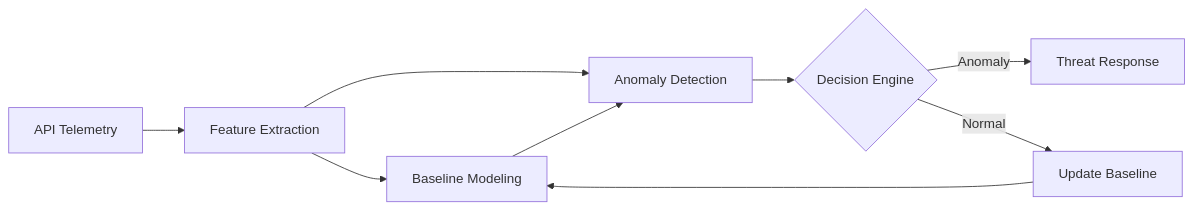
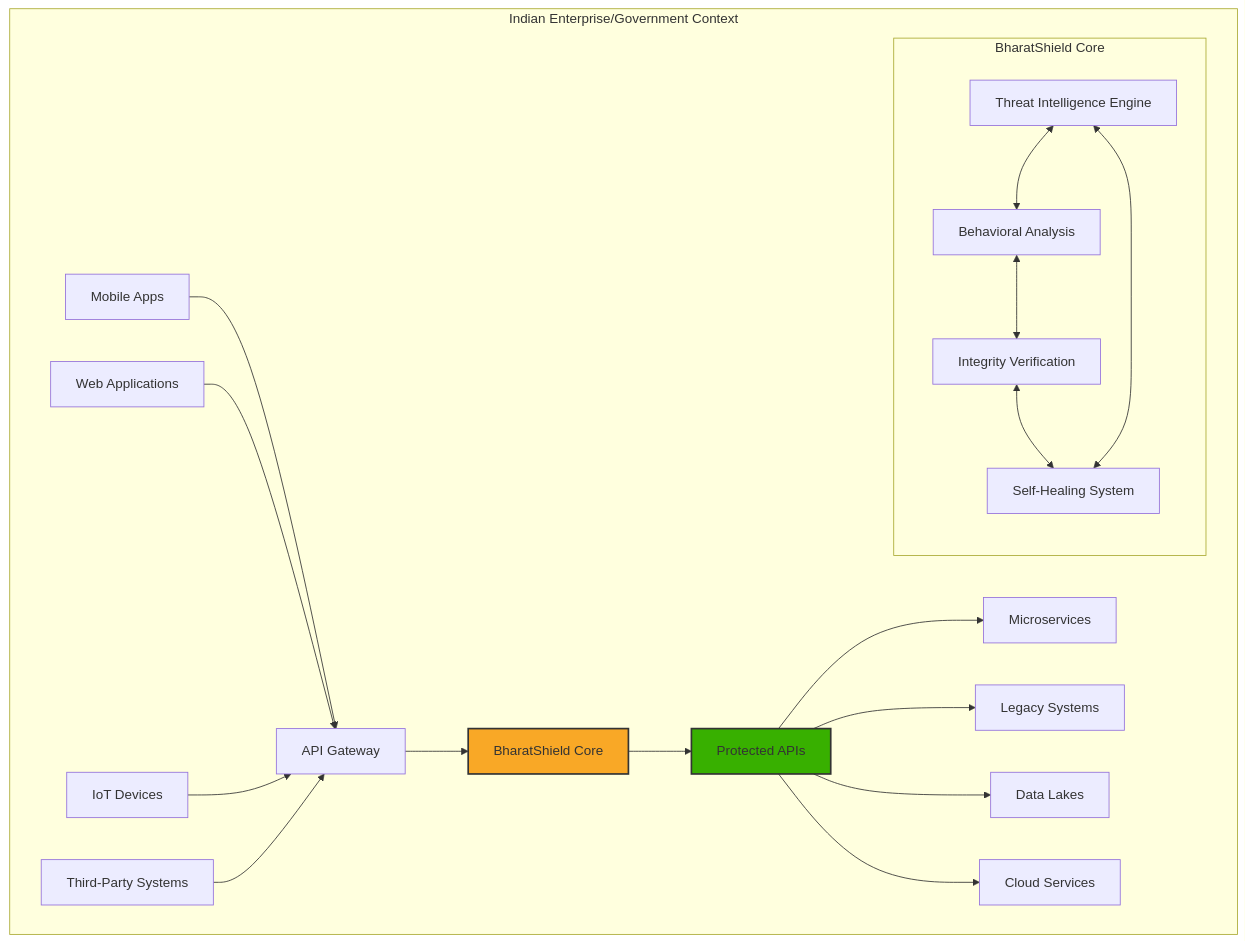
Before and after one commit to r04nx/obsidian: the tenth of 32 diagrams in tmp/api_security.md, drawn with Mermaid. The commit also changed other lines of this file and 3 other files, not shown here.

````diff
--- a/tmp/api_security.md
+++ b/tmp/api_security.md
@@ -103,11 +466,26 @@
 ```mermaid
-graph LR
-    A[API Telemetry] --> B[Feature Extraction]
-    B --> C[Baseline Modeling]
-    B --> D[Anomaly Detection]
-    C --> D
-    D --> E{Decision Engine}
-    E -->|Anomaly| F[Threat Response]
-    E -->|Normal| G[Update Baseline]
-    G --> C
+graph TB
+    subgraph "Indian Enterprise/Government Context"
+        A[API Gateway] --> B[BharatShield Core]
+        M[Mobile Apps] --> A
+        W[Web Applications] --> A
+        I[IoT Devices] --> A
+        T[Third-Party Systems] --> A
+        
+        subgraph "BharatShield Core"
+            C[Threat Intelligence Engine] <--> D[Behavioral Analysis]
+            D <--> E[Integrity Verification]
+            E <--> F[Self-Healing System]
+            F <--> C
+        end
+        
+        B --> G[Protected APIs]
+        G --> H[Microservices]
+        G --> J[Legacy Systems]
+        G --> K[Data Lakes]
+        G --> L[Cloud Services]
+    end
+    
+    style B fill:#f9a826,stroke:#333,stroke-width:2px
+    style G fill:#38b000,stroke:#333,stroke-width:2px
 ```
````
